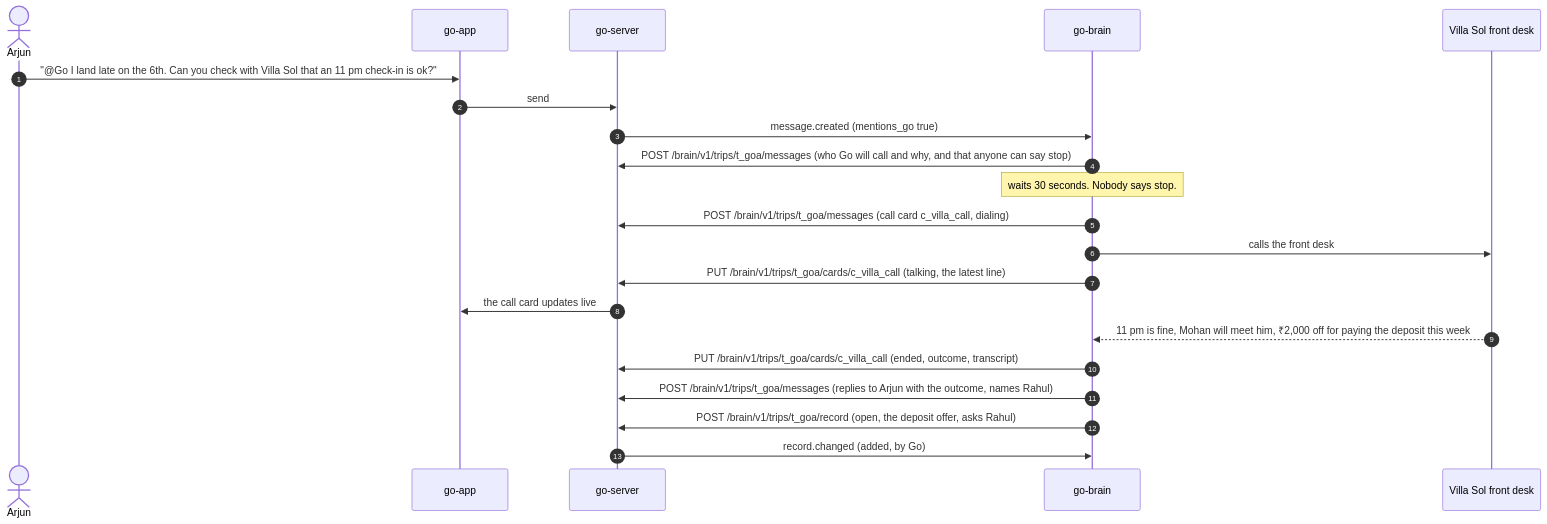
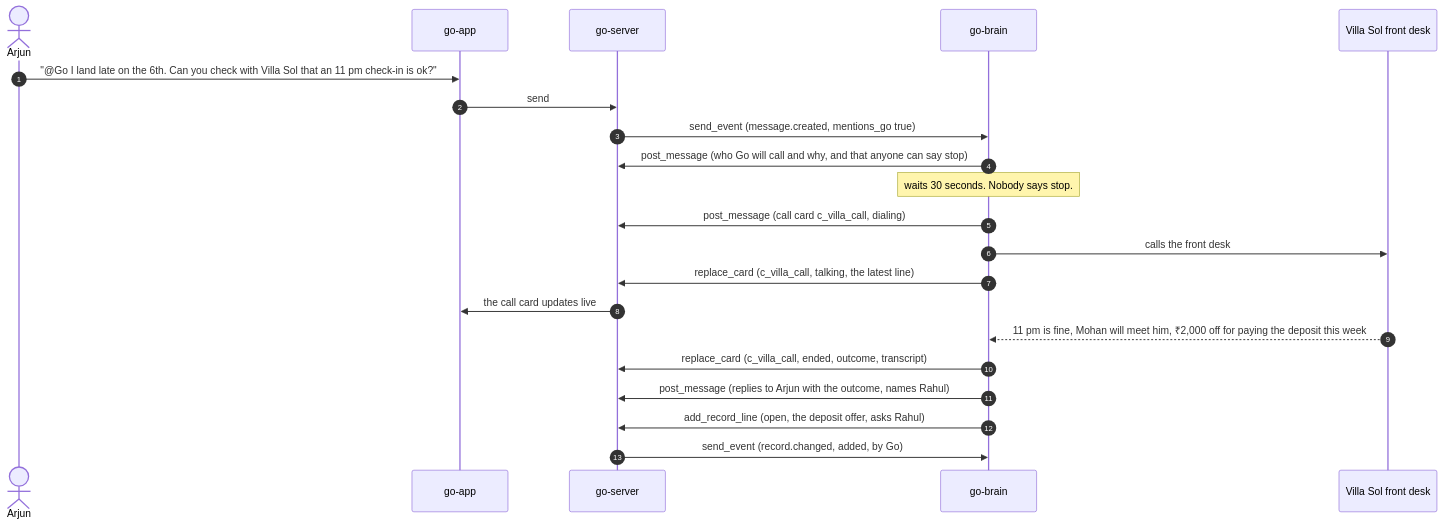
Before and after one commit to vestra-ai/go-brain: the fifth of 8 diagrams in docs/guide/09-flows.md, drawn with Mermaid. The commit also changed other lines of this file and 23 other files, not shown here.

````diff
--- a/docs/guide/09-flows.md
+++ b/docs/guide/09-flows.md
@@ -161,23 +172,23 @@
 ```mermaid
 sequenceDiagram
   autonumber
   actor Arjun
   participant app as go-app
   participant server as go-server
   participant brain as go-brain
   participant villa as Villa Sol front desk
   Arjun->>app: "@Go I land late on the 6th. Can you check with Villa Sol that an 11 pm check-in is ok?"
   app->>server: send
-  server->>brain: message.created (mentions_go true)
-  brain->>server: POST /brain/v1/trips/t_goa/messages (who Go will call and why, and that anyone can say stop)
+  server->>brain: send_event (message.created, mentions_go true)
+  brain->>server: post_message (who Go will call and why, and that anyone can say stop)
   Note over brain: waits 30 seconds. Nobody says stop.
-  brain->>server: POST /brain/v1/trips/t_goa/messages (call card c_villa_call, dialing)
+  brain->>server: post_message (call card c_villa_call, dialing)
   brain->>villa: calls the front desk
-  brain->>server: PUT /brain/v1/trips/t_goa/cards/c_villa_call (talking, the latest line)
+  brain->>server: replace_card (c_villa_call, talking, the latest line)
   server->>app: the call card updates live
   villa-->>brain: 11 pm is fine, Mohan will meet him, ₹2,000 off for paying the deposit this week
-  brain->>server: PUT /brain/v1/trips/t_goa/cards/c_villa_call (ended, outcome, transcript)
-  brain->>server: POST /brain/v1/trips/t_goa/messages (replies to Arjun with the outcome, names Rahul)
-  brain->>server: POST /brain/v1/trips/t_goa/record (open, the deposit offer, asks Rahul)
-  server->>brain: record.changed (added, by Go)
+  brain->>server: replace_card (c_villa_call, ended, outcome, transcript)
+  brain->>server: post_message (replies to Arjun with the outcome, names Rahul)
+  brain->>server: add_record_line (open, the deposit offer, asks Rahul)
+  server->>brain: send_event (record.changed, added, by Go)
 ```
````
